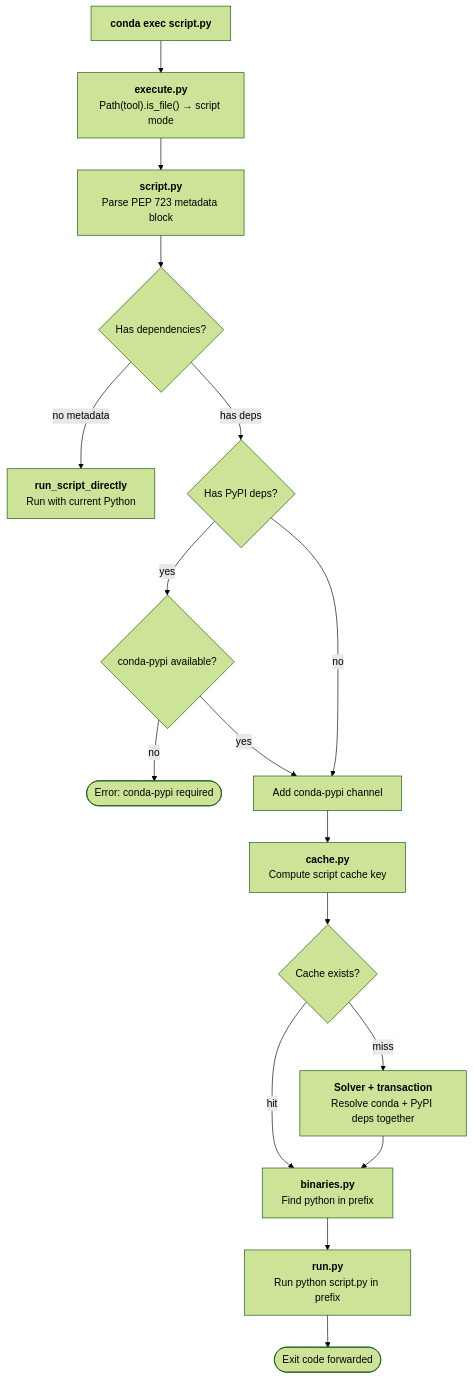
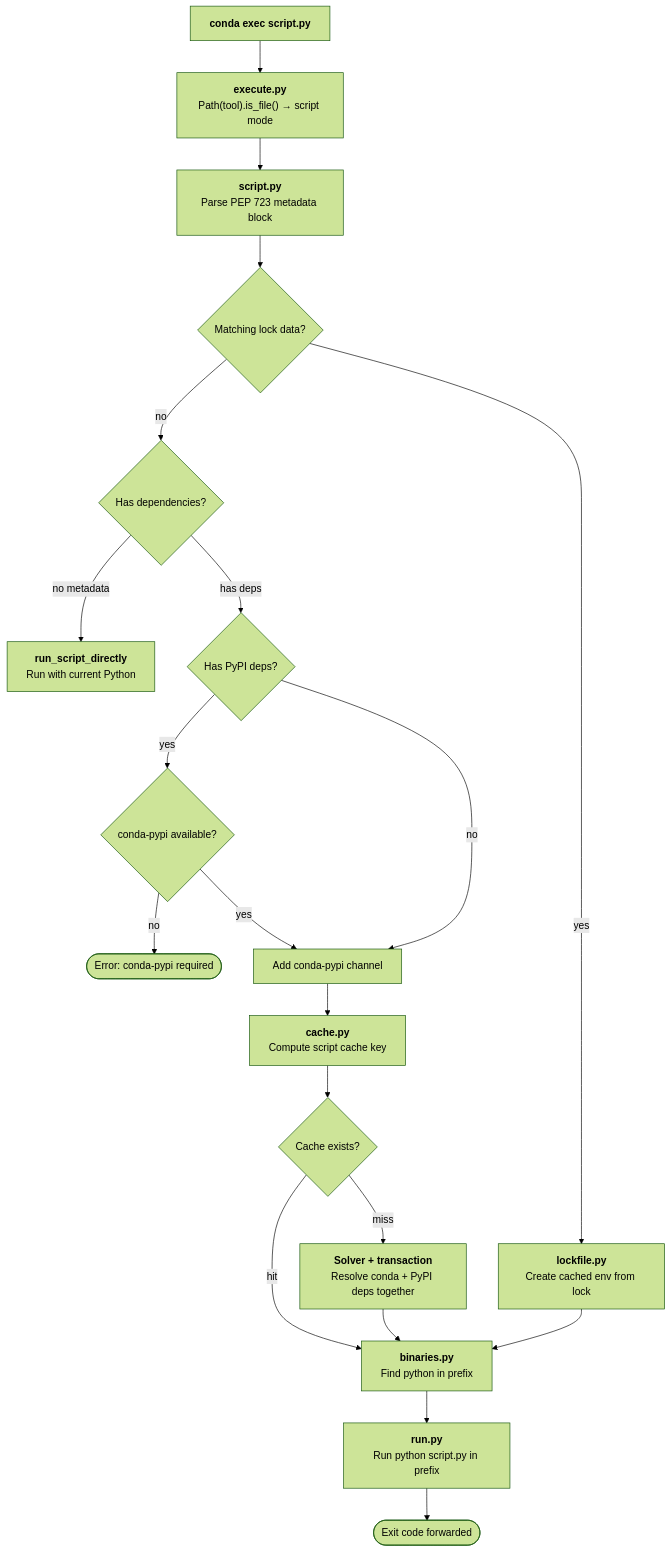
Before and after one commit to conda-incubator/conda-exec: the second of 2 diagrams in docs/explanation/architecture.md, drawn with Mermaid (forest theme). The commit also changed other lines of this file and 58 other files, not shown here.

````diff
--- a/docs/explanation/architecture.md
+++ b/docs/explanation/architecture.md
@@ -37,19 +42,22 @@
 ```{mermaid}
 flowchart TD
     A["<b>conda exec script.py</b>"] --> B["<b>execute.py</b><br>Path(tool).is_file() → script mode"]
     B --> C["<b>script.py</b><br>Parse PEP 723 metadata block"]
-    C --> D{Has dependencies?}
-    D -- no metadata --> E["<b>run_script_directly</b><br>Run with current Python"]
-    D -- has deps --> F{Has PyPI deps?}
-    F -- yes --> G{"conda-pypi available?"}
-    G -- no --> H(["Error: conda-pypi required"])
-    G -- yes --> I["Add conda-pypi channel"]
-    F -- no --> I
-    I --> J["<b>cache.py</b><br>Compute script cache key"]
-    J --> K{"Cache exists?"}
-    K -- hit --> L["<b>binaries.py</b><br>Find python in prefix"]
-    K -- miss --> M["<b>Solver + transaction</b><br>Resolve conda + PyPI deps together"]
-    M --> L
-    L --> N["<b>run.py</b><br>Run python script.py in prefix"]
-    N --> O(["Exit code forwarded"])
+    C --> D{"Matching lock data?"}
+    D -- yes --> E["<b>lockfile.py</b><br>Create cached env from lock"]
+    D -- no --> F{Has dependencies?}
+    F -- no metadata --> G["<b>run_script_directly</b><br>Run with current Python"]
+    F -- has deps --> H{Has PyPI deps?}
+    H -- yes --> I{"conda-pypi available?"}
+    I -- no --> J(["Error: conda-pypi required"])
+    I -- yes --> K["Add conda-pypi channel"]
+    H -- no --> K
+    K --> L["<b>cache.py</b><br>Compute script cache key"]
+    L --> M{"Cache exists?"}
+    M -- hit --> N["<b>binaries.py</b><br>Find python in prefix"]
+    M -- miss --> O["<b>Solver + transaction</b><br>Resolve conda + PyPI deps together"]
+    O --> N
+    E --> N
+    N --> P["<b>run.py</b><br>Run python script.py in prefix"]
+    P --> Q(["Exit code forwarded"])
 ```
````
